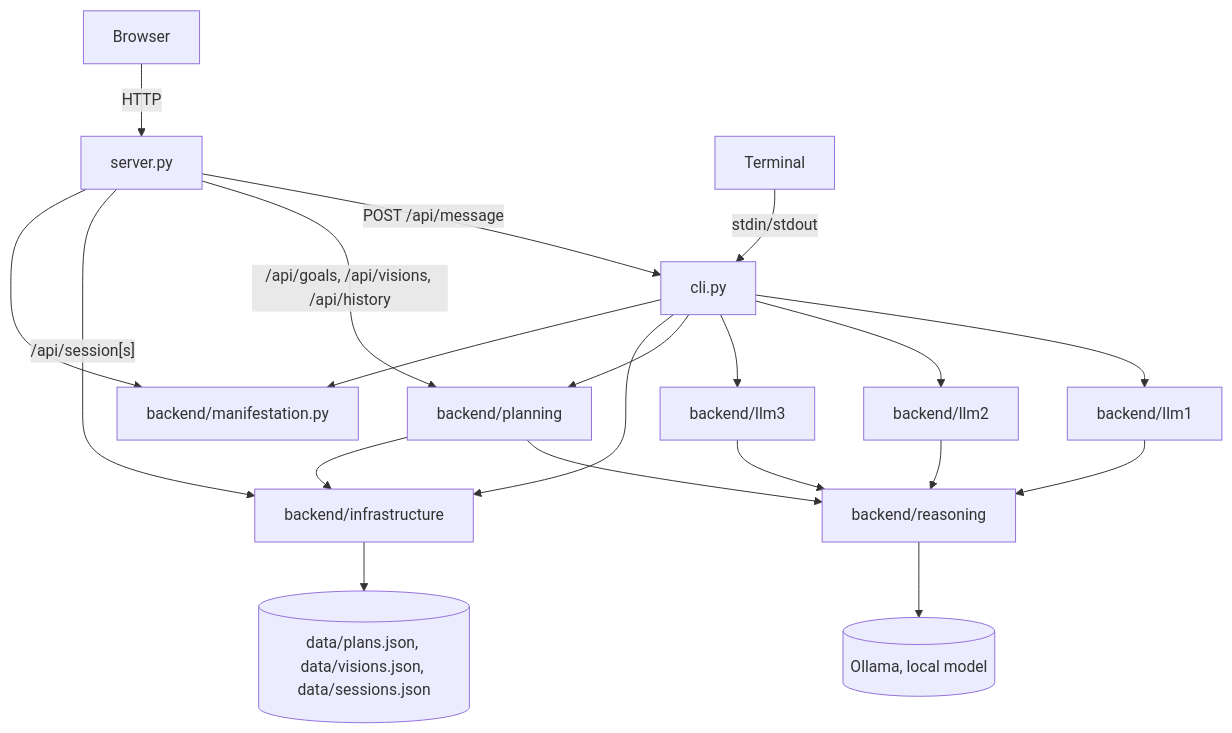
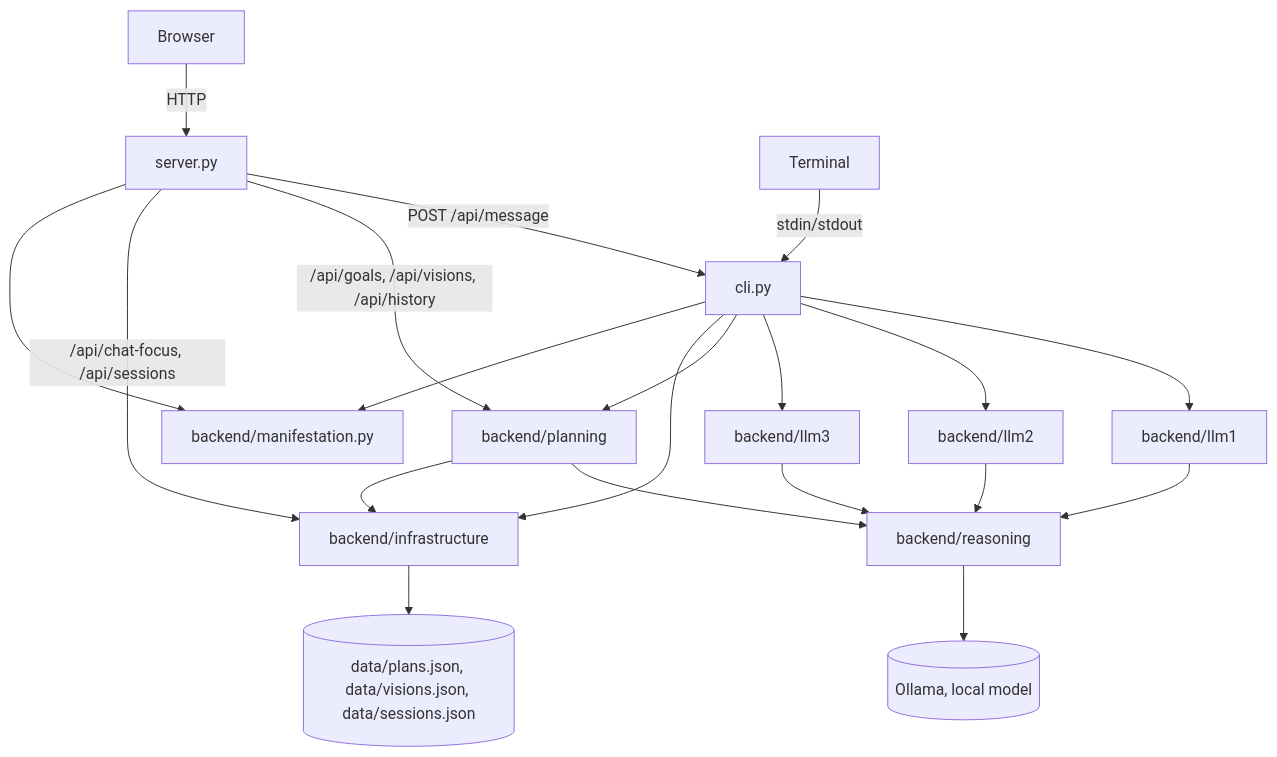
Before and after one commit to olajmn/PROJECT1: the diagram in docs/04-current-state.md, drawn with Mermaid. The commit also changed other lines of this file and 7 other files, not shown here.

````diff
--- a/docs/04-current-state.md
+++ b/docs/04-current-state.md
@@ -46,22 +46,22 @@
 ```mermaid
 graph TD
     Browser -->|HTTP| Server["server.py"]
     Terminal -->|stdin/stdout| CLI["cli.py"]
     Server -->|POST /api/message| CLI
     Server -->|"/api/goals, /api/visions, /api/history"| Planning["backend/planning"]
-    Server -->|"/api/session[s]"| Infrastructure["backend/infrastructure"]
+    Server -->|"/api/chat-focus, /api/sessions"| Infrastructure["backend/infrastructure"]
     CLI --> N1["backend/llm1"]
     CLI --> N2["backend/llm2"]
     CLI --> N3["backend/llm3"]
     CLI --> Planning
     CLI --> Infrastructure
     CLI --> Manifestation["backend/manifestation.py"]
     Server --> Manifestation
     N1 --> Reasoning["backend/reasoning"]
     N2 --> Reasoning
     N3 --> Reasoning
     Planning --> Reasoning
     Planning --> Infrastructure
     Reasoning --> Ollama[("Ollama, local model")]
     Infrastructure --> Data[("data/plans.json, data/visions.json, data/sessions.json")]
 ```
````
